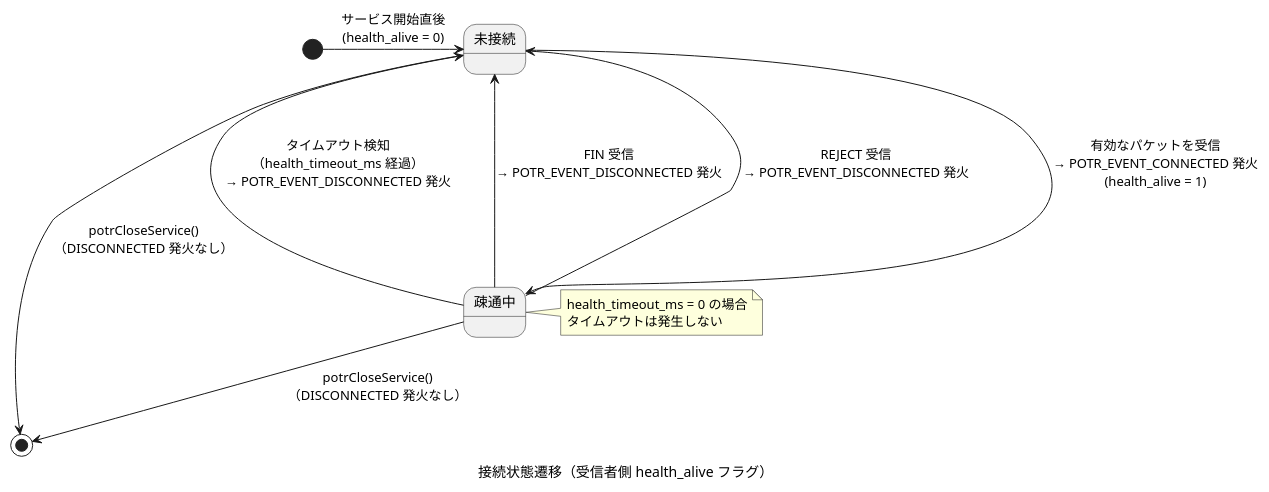
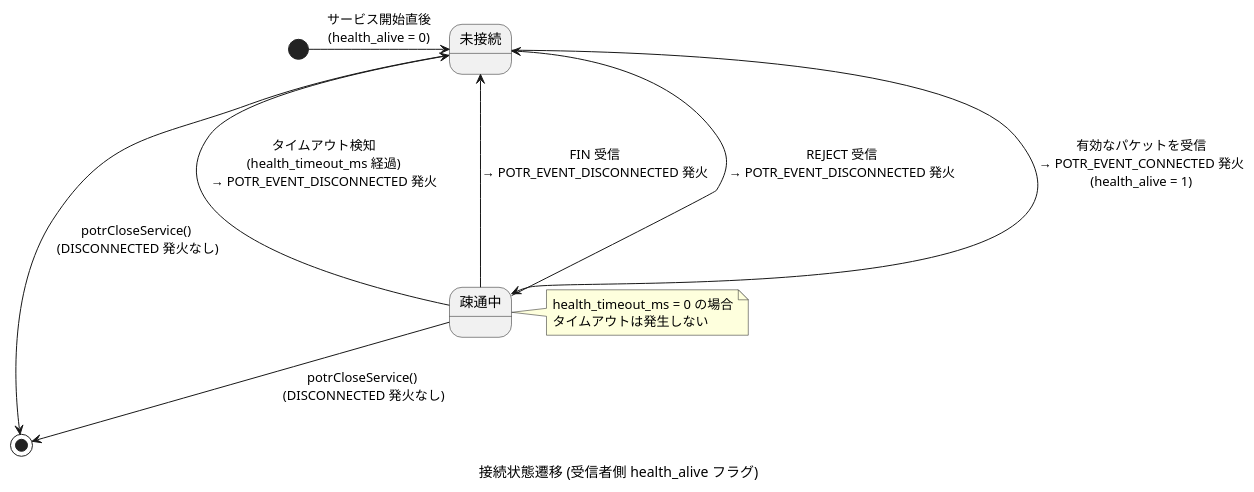
Diagram 12 of 12 in prod/porter/docs/sequence.md (Hondarer/c-modernization-kit), drawn with PlantUML before and after one commit. The commit also changed other lines of this file and 5 other files, not shown here.

````diff
--- a/prod/porter/docs/sequence.md
+++ b/prod/porter/docs/sequence.md
@@ -425,24 +425,24 @@
 ```plantuml
-@startuml 接続状態遷移（受信者側 health_alive フラグ）
-caption 接続状態遷移（受信者側 health_alive フラグ）
+@startuml 接続状態遷移 (受信者側 health_alive フラグ)
+caption 接続状態遷移 (受信者側 health_alive フラグ)
 
 [*] -r-> 未接続 : サービス開始直後\n(health_alive = 0)
 
 未接続 ---> 疎通中 : 有効なパケットを受信\n→ POTR_EVENT_CONNECTED 発火\n(health_alive = 1)
 
-疎通中 ---> 未接続 : タイムアウト検知\n（health_timeout_ms 経過）\n→ POTR_EVENT_DISCONNECTED 発火
+疎通中 ---> 未接続 : タイムアウト検知\n (health_timeout_ms 経過) \n→ POTR_EVENT_DISCONNECTED 発火
 
 疎通中 --> 未接続 : FIN 受信\n→ POTR_EVENT_DISCONNECTED 発火
 
 疎通中 --> 未接続 : REJECT 受信\n→ POTR_EVENT_DISCONNECTED 発火
 
-未接続 --> [*] : potrCloseService()\n（DISCONNECTED 発火なし）
-疎通中 --> [*] : potrCloseService()\n（DISCONNECTED 発火なし）
+未接続 --> [*] : potrCloseService()\n (DISCONNECTED 発火なし)
+疎通中 --> [*] : potrCloseService()\n (DISCONNECTED 発火なし)
 
 note right of 疎通中
   health_timeout_ms = 0 の場合
   タイムアウトは発生しない
 end note
 
 @enduml
 ```
````
